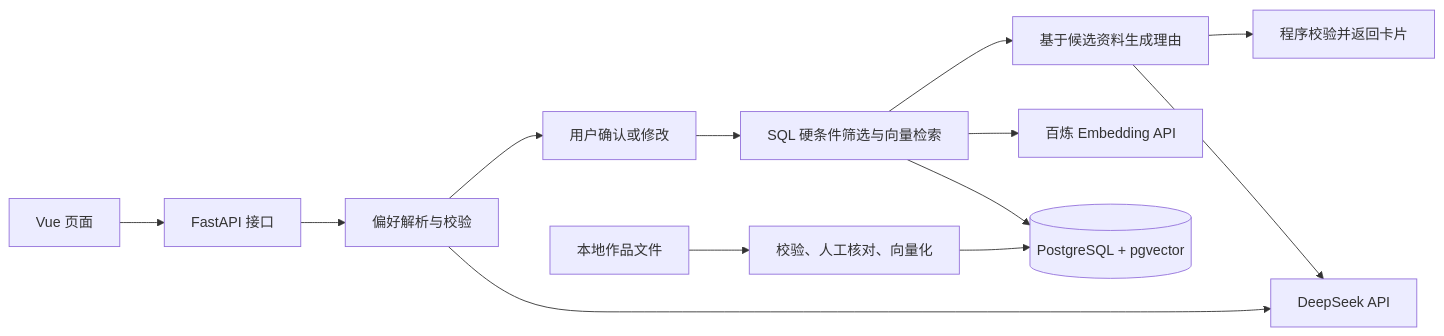
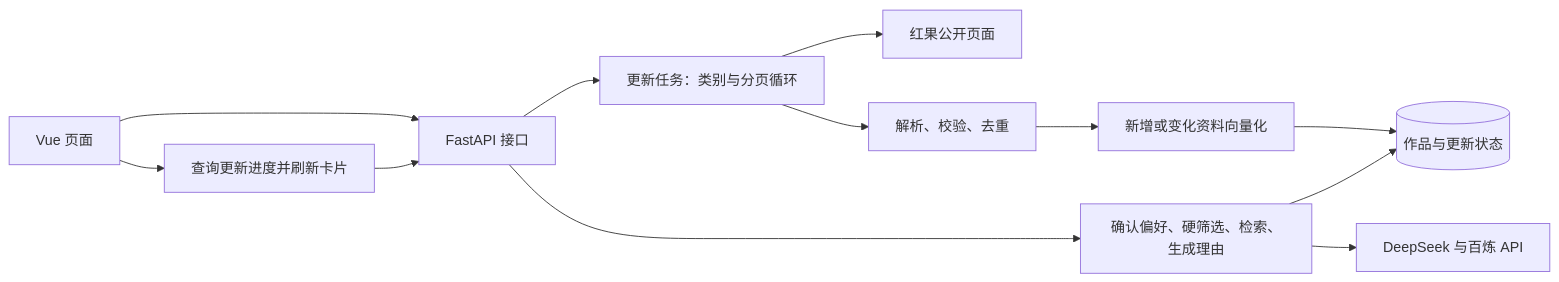
One commit to N-nut/kiwi-AIvideo-recommender changed the diagram in docs/技术方案.md. Above: the diagram before and after it, drawn with Mermaid. The commit also changed other lines of this file and 1 other file, not shown here.

````diff
--- a/docs/技术方案.md
+++ b/docs/技术方案.md
@@ -39,15 +36,14 @@
 ```mermaid
 flowchart LR
-    A[Vue 页面] --> B[FastAPI 接口]
-    B --> C[偏好解析与校验]
-    C --> D[用户确认或修改]
-    D --> E[SQL 硬条件筛选与向量检索]
-    E --> F[基于候选资料生成理由]
-    F --> G[程序校验并返回卡片]
-    C --> H[DeepSeek API]
-    F --> H
-    E --> I[百炼 Embedding API]
-    E --> J[(PostgreSQL + pgvector)]
-    K[本地作品文件] --> L[校验、人工核对、向量化]
-    L --> J
+    UI[Vue 页面] --> API[FastAPI 接口]
+    API --> JOB[更新任务：类别与分页循环]
+    JOB --> WEB[红果公开页面]
+    JOB --> CLEAN[解析、校验、去重]
+    CLEAN --> EMB[新增或变化资料向量化]
+    EMB --> DB[(作品与更新状态)]
+    UI --> POLL[查询更新进度并刷新卡片]
+    POLL --> API
+    API --> RAG[确认偏好、硬筛选、检索、生成理由]
+    RAG --> DB
+    RAG --> MODEL[DeepSeek 与百炼 API]
 ```
````
